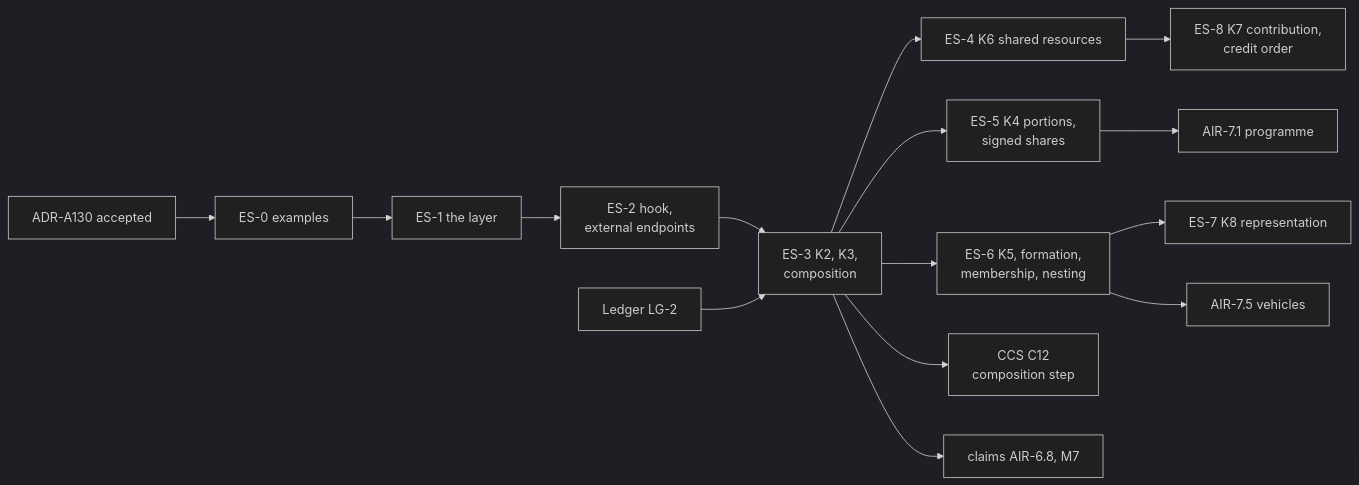
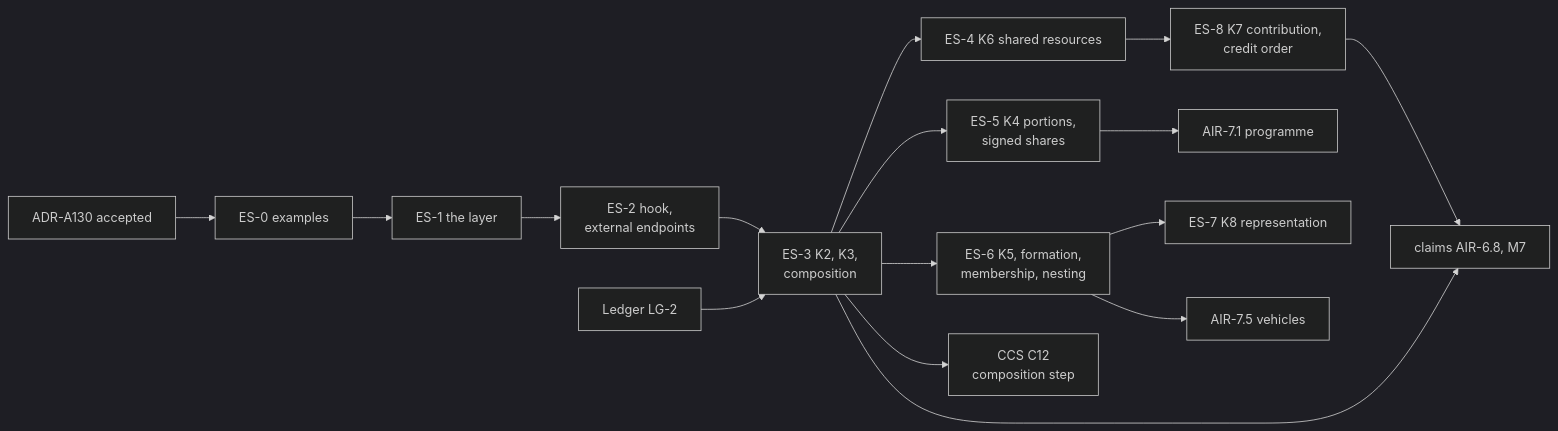
Before and after one commit to nebularis/lattice: the diagram in docs/developer/plans/ensemble.md, drawn with Mermaid (dark theme). The commit also changed other lines of this file and 24 other files, not shown here.

````diff
--- a/docs/developer/plans/ensemble.md
+++ b/docs/developer/plans/ensemble.md
@@ -69,17 +71,18 @@
 ```mermaid
 flowchart LR
   ADR["ADR-A130 accepted"] --> S0["ES-0 examples"]
   S0 --> S1["ES-1 the layer"]
   S1 --> S2["ES-2 hook,<br/>external endpoints"]
   S2 --> S3["ES-3 K2, K3,<br/>composition"]
   LG2["Ledger LG-2"] --> S3
   S3 --> S4["ES-4 K6 shared resources"]
   S3 --> S5["ES-5 K4 portions,<br/>signed shares"]
   S3 --> S6["ES-6 K5, formation,<br/>membership, nesting"]
   S6 --> S7["ES-7 K8 representation"]
   S4 --> S8["ES-8 K7 contribution,<br/>credit order"]
   S3 --> C12["CCS C12<br/>composition step"]
   S3 --> A68["claims AIR-6.8, M7"]
+  S8 --> A68
   S5 --> A71["AIR-7.1 programme"]
   S6 --> A75["AIR-7.5 vehicles"]
 ```
````
